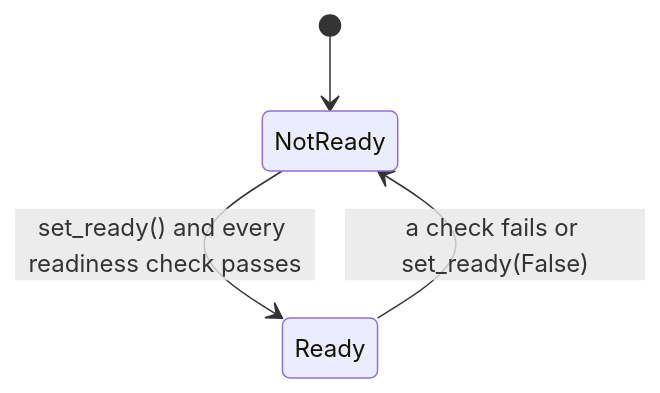
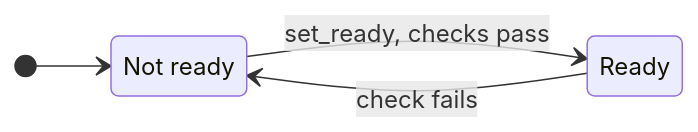
Before and after one commit to hyperi-io/scalo-py: the diagram in docs/core-pillars/health.md, drawn with Mermaid. The commit also changed other lines of this file and 38 other files, not shown here.

First line of the commit message:
docs(scalo-py): fix 14 claims and redraw the diagrams

````diff
--- a/docs/core-pillars/health.md
+++ b/docs/core-pillars/health.md
@@ -133,6 +123,10 @@
 ```mermaid
 stateDiagram-v2
+    direction LR
+    accTitle: L4 Detail -- Readiness
+    accDescr: A health manager starts not ready. It is ready once set_ready has been called and every readiness check passes, and goes back to not ready when a check fails or set_ready is called with False.
+    state "Not ready" as NotReady
     [*] --> NotReady
-    NotReady --> Ready: set_ready() and every readiness check passes
-    Ready --> NotReady: a check fails or set_ready(False)
+    NotReady --> Ready: set_ready, checks pass
+    Ready --> NotReady: check fails
 ```
````
